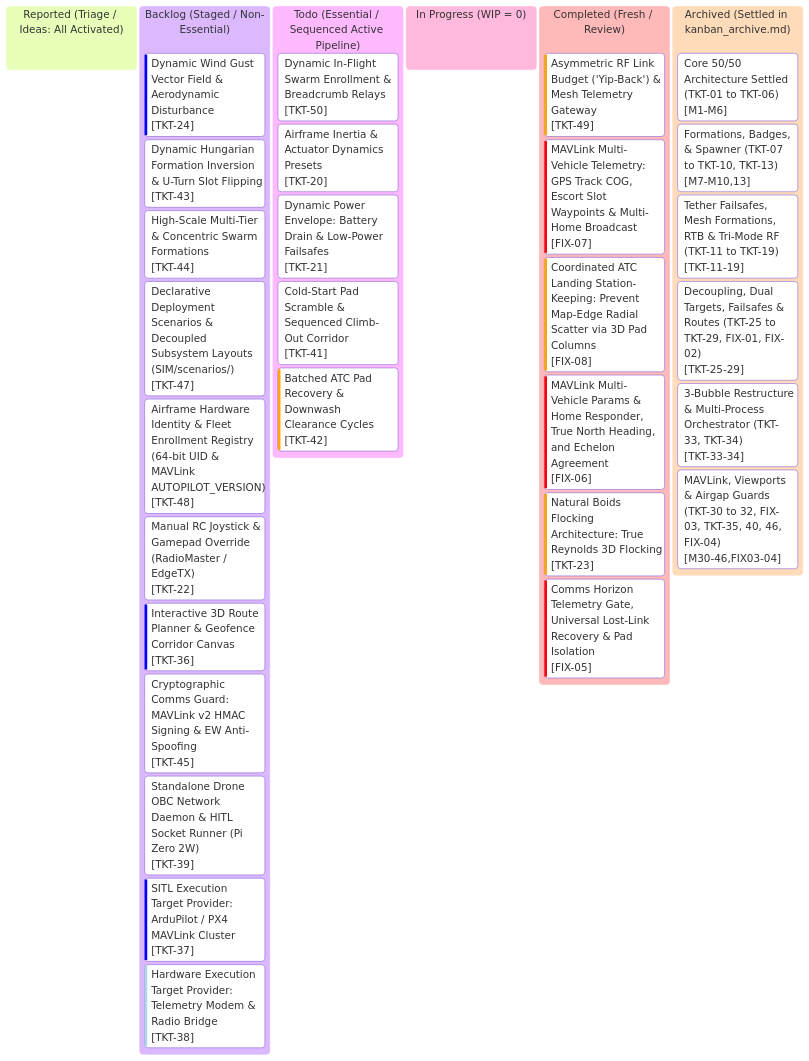
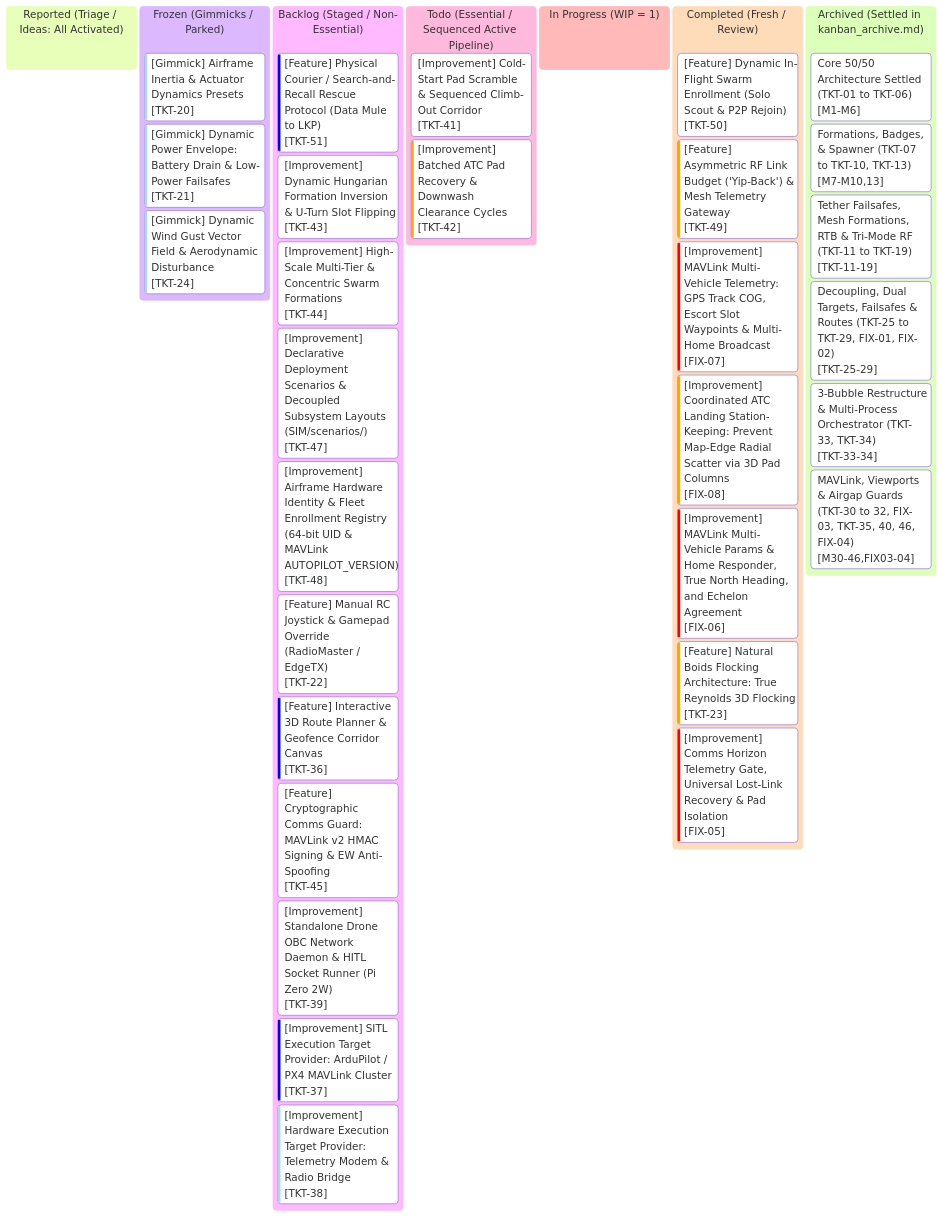
Before and after one commit to AlitheiaDeus/SwarmTech_v3-Uprising: the diagram in kanban.md, drawn with Mermaid. The commit also changed other lines of this file and 6 other files, not shown here.

Commit message:
feat(swarm): implement dynamic in-flight swarm enrollment and solo scout rejoin [TKT-50]

````diff
--- a/kanban.md
+++ b/kanban.md
@@ -10,57 +10,59 @@
 ```mermaid
 %%{init: {
   'theme': 'base',
   'themeVariables': {
     'primaryColor': '#0d2235',
     'primaryTextColor': '#d4f4ff',
     'primaryBorderColor': '#00f0ff',
     'lineColor': '#00f0ff',
     'background': '#061019',
     'mainBkg': '#0a1926',
     'secondaryColor': '#081420',
     'secondaryTextColor': '#5a7e96',
     'secondaryBorderColor': '#134e6f',
     'tertiaryColor': '#0e263d',
     'tertiaryTextColor': '#00ffaa',
     'tertiaryBorderColor': '#00ffaa',
     'clusterBkg': '#081420',
     'clusterBorder': '#134e6f',
     'fontFamily': "'JetBrains Mono', 'Courier New', monospace"
   }
 }}%%
 kanban
   reported["Reported (Triage / Ideas: All Activated)"]
+  frozen["Frozen (Gimmicks / Parked)"]
+    tkt20["[Gimmick] Airframe Inertia & Actuator Dynamics Presets"]@{ ticket: '[TKT-20]', priority: 'Very Low' }
+    tkt21["[Gimmick] Dynamic Power Envelope: Battery Drain & Low-Power Failsafes"]@{ ticket: '[TKT-21]', priority: 'Very Low' }
+    tkt24["[Gimmick] Dynamic Wind Gust Vector Field & Aerodynamic Disturbance"]@{ ticket: '[TKT-24]', priority: 'Very Low' }
   backlog["Backlog (Staged / Non-Essential)"]
-    tkt24["Dynamic Wind Gust Vector Field & Aerodynamic Disturbance"]@{ ticket: '[TKT-24]', priority: 'Low' }
-    tkt43["Dynamic Hungarian Formation Inversion & U-Turn Slot Flipping"]@{ ticket: '[TKT-43]', priority: 'Medium' }
-    tkt44["High-Scale Multi-Tier & Concentric Swarm Formations"]@{ ticket: '[TKT-44]', priority: 'Medium' }
-    tkt47["Declarative Deployment Scenarios & Decoupled Subsystem Layouts (SIM/scenarios/)"]@{ ticket: '[TKT-47]', priority: 'Medium' }
-    tkt48["Airframe Hardware Identity & Fleet Enrollment Registry (64-bit UID & MAVLink AUTOPILOT_VERSION)"]@{ ticket: '[TKT-48]', priority: 'Medium' }
-    tkt22["Manual RC Joystick & Gamepad Override (RadioMaster / EdgeTX)"]@{ ticket: '[TKT-22]', priority: 'Medium' }
-    tkt36["Interactive 3D Route Planner & Geofence Corridor Canvas"]@{ ticket: '[TKT-36]', priority: 'Low' }
-    tkt45["Cryptographic Comms Guard: MAVLink v2 HMAC Signing & EW Anti-Spoofing"]@{ ticket: '[TKT-45]', priority: 'Medium' }
-    tkt39["Standalone Drone OBC Network Daemon & HITL Socket Runner (Pi Zero 2W)"]@{ ticket: '[TKT-39]', priority: 'Medium' }
-    tkt37["SITL Execution Target Provider: ArduPilot / PX4 MAVLink Cluster"]@{ ticket: '[TKT-37]', priority: 'Low' }
-    tkt38["Hardware Execution Target Provider: Telemetry Modem & Radio Bridge"]@{ ticket: '[TKT-38]', priority: 'Very Low' }
+    tkt51["[Feature] Physical Courier / Search-and-Recall Rescue Protocol (Data Mule to LKP)"]@{ ticket: '[TKT-51]', priority: 'Low' }
+    tkt43["[Improvement] Dynamic Hungarian Formation Inversion & U-Turn Slot Flipping"]@{ ticket: '[TKT-43]', priority: 'Medium' }
+    tkt44["[Improvement] High-Scale Multi-Tier & Concentric Swarm Formations"]@{ ticket: '[TKT-44]', priority: 'Medium' }
+    tkt47["[Improvement] Declarative Deployment Scenarios & Decoupled Subsystem Layouts (SIM/scenarios/)"]@{ ticket: '[TKT-47]', priority: 'Medium' }
+    tkt48["[Improvement] Airframe Hardware Identity & Fleet Enrollment Registry (64-bit UID & MAVLink AUTOPILOT_VERSION)"]@{ ticket: '[TKT-48]', priority: 'Medium' }
+    tkt22["[Feature] Manual RC Joystick & Gamepad Override (RadioMaster / EdgeTX)"]@{ ticket: '[TKT-22]', priority: 'Medium' }
+    tkt36["[Feature] Interactive 3D Route Planner & Geofence Corridor Canvas"]@{ ticket: '[TKT-36]', priority: 'Low' }
+    tkt45["[Feature] Cryptographic Comms Guard: MAVLink v2 HMAC Signing & EW Anti-Spoofing"]@{ ticket: '[TKT-45]', priority: 'Medium' }
+    tkt39["[Improvement] Standalone Drone OBC Network Daemon & HITL Socket Runner (Pi Zero 2W)"]@{ ticket: '[TKT-39]', priority: 'Medium' }
+    tkt37["[Improvement] SITL Execution Target Provider: ArduPilot / PX4 MAVLink Cluster"]@{ ticket: '[TKT-37]', priority: 'Low' }
+    tkt38["[Improvement] Hardware Execution Target Provider: Telemetry Modem & Radio Bridge"]@{ ticket: '[TKT-38]', priority: 'Very Low' }
   todo["Todo (Essential / Sequenced Active Pipeline)"]
-    tkt50["Dynamic In-Flight Swarm Enrollment & Breadcrumb Relays"]@{ ticket: '[TKT-50]', priority: 'Medium' }
-    tkt20["Airframe Inertia & Actuator Dynamics Presets"]@{ ticket: '[TKT-20]', priority: 'Medium' }
-    tkt21["Dynamic Power Envelope: Battery Drain & Low-Power Failsafes"]@{ ticket: '[TKT-21]', priority: 'Medium' }
-    tkt41["Cold-Start Pad Scramble & Sequenced Climb-Out Corridor"]@{ ticket: '[TKT-41]', priority: 'Medium' }
-    tkt42["Batched ATC Pad Recovery & Downwash Clearance Cycles"]@{ ticket: '[TKT-42]', priority: 'High' }
-  in_progress["In Progress (WIP = 0)"]
+    tkt41["[Improvement] Cold-Start Pad Scramble & Sequenced Climb-Out Corridor"]@{ ticket: '[TKT-41]', priority: 'Medium' }
+    tkt42["[Improvement] Batched ATC Pad Recovery & Downwash Clearance Cycles"]@{ ticket: '[TKT-42]', priority: 'High' }
+  in_progress["In Progress (WIP = 1)"]
   completed["Completed (Fresh / Review)"]
-    tkt49["Asymmetric RF Link Budget ('Yip-Back') & Mesh Telemetry Gateway"]@{ ticket: '[TKT-49]', priority: 'High' }
-    fix07["MAVLink Multi-Vehicle Telemetry: GPS Track COG, Escort Slot Waypoints & Multi-Home Broadcast"]@{ ticket: '[FIX-07]', priority: 'Very High' }
-    fix08["Coordinated ATC Landing Station-Keeping: Prevent Map-Edge Radial Scatter via 3D Pad Columns"]@{ ticket: '[FIX-08]', priority: 'High' }
-    fix06["MAVLink Multi-Vehicle Params & Home Responder, True North Heading, and Echelon Agreement"]@{ ticket: '[FIX-06]', priority: 'Very High' }
-    tkt23["Natural Boids Flocking Architecture: True Reynolds 3D Flocking"]@{ ticket: '[TKT-23]', priority: 'High' }
-    fix05["Comms Horizon Telemetry Gate, Universal Lost-Link Recovery & Pad Isolation"]@{ ticket: '[FIX-05]', priority: 'Very High' }
+    tkt50["[Feature] Dynamic In-Flight Swarm Enrollment (Solo Scout & P2P Rejoin)"]@{ ticket: '[TKT-50]', priority: 'Medium' }
+    tkt49["[Feature] Asymmetric RF Link Budget ('Yip-Back') & Mesh Telemetry Gateway"]@{ ticket: '[TKT-49]', priority: 'High' }
+    fix07["[Improvement] MAVLink Multi-Vehicle Telemetry: GPS Track COG, Escort Slot Waypoints & Multi-Home Broadcast"]@{ ticket: '[FIX-07]', priority: 'Very High' }
+    fix08["[Improvement] Coordinated ATC Landing Station-Keeping: Prevent Map-Edge Radial Scatter via 3D Pad Columns"]@{ ticket: '[FIX-08]', priority: 'High' }
+    fix06["[Improvement] MAVLink Multi-Vehicle Params & Home Responder, True North Heading, and Echelon Agreement"]@{ ticket: '[FIX-06]', priority: 'Very High' }
+    tkt23["[Feature] Natural Boids Flocking Architecture: True Reynolds 3D Flocking"]@{ ticket: '[TKT-23]', priority: 'High' }
+    fix05["[Improvement] Comms Horizon Telemetry Gate, Universal Lost-Link Recovery & Pad Isolation"]@{ ticket: '[FIX-05]', priority: 'Very High' }
   archived["Archived (Settled in kanban_archive.md)"]
     arch_m1_6["Core 50/50 Architecture Settled (TKT-01 to TKT-06)"]@{ ticket: '[M1-M6]' }
     arch_m7_10_13["Formations, Badges, & Spawner (TKT-07 to TKT-10, TKT-13)"]@{ ticket: '[M7-M10,13]' }
     arch_m11_19["Tether Failsafes, Mesh Formations, RTB & Tri-Mode RF (TKT-11 to TKT-19)"]@{ ticket: '[TKT-11-19]' }
     arch_m25_29["Decoupling, Dual Targets, Failsafes & Routes (TKT-25 to TKT-29, FIX-01, FIX-02)"]@{ ticket: '[TKT-25-29]' }
     arch_m33_34["3-Bubble Restructure & Multi-Process Orchestrator (TKT-33, TKT-34)"]@{ ticket: '[TKT-33-34]' }
     arch_m30_46_fix03_04["MAVLink, Viewports & Airgap Guards (TKT-30 to 32, FIX-03, TKT-35, 40, 46, FIX-04)"]@{ ticket: '[M30-46,FIX03-04]' }
 ```
````
